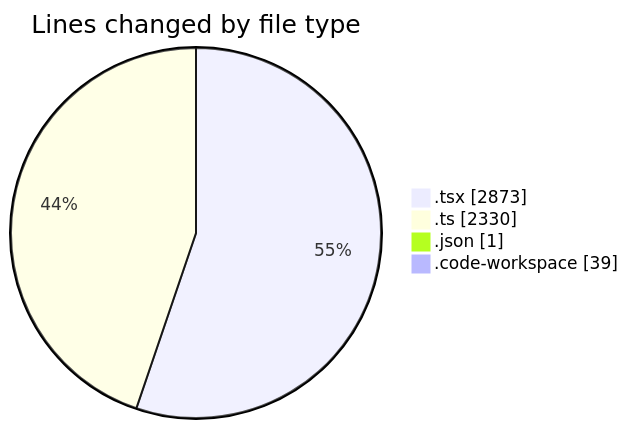
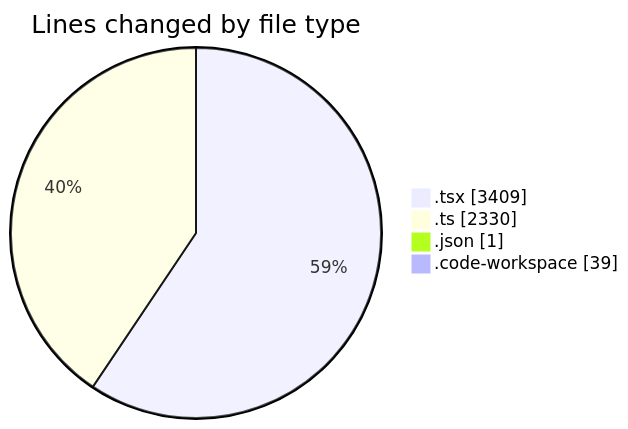
One commit to julien-gomy/code-tracking changed the first of 2 diagrams in 2025-10-08/eventscop-frontend-guide__workspace_/README.md. Above: the diagram before and after it, drawn with Mermaid. The commit also changed other lines of this file and 1 other file, not shown here.

````diff
--- a/2025-10-08/eventscop-frontend-guide__workspace_/README.md
+++ b/2025-10-08/eventscop-frontend-guide__workspace_/README.md
@@ -44,8 +45,8 @@
 ```mermaid
 pie showData
 title Lines changed by file type
-".tsx" : 2873
+".tsx" : 3409
 ".ts" : 2330
 ".json" : 1
 ".code-workspace" : 39
 ```
````
